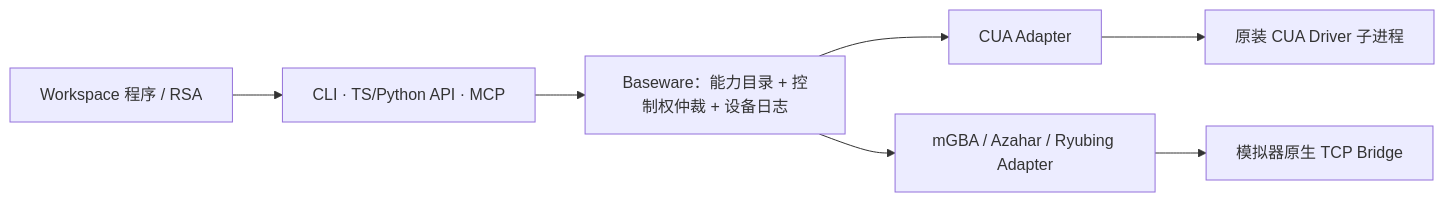
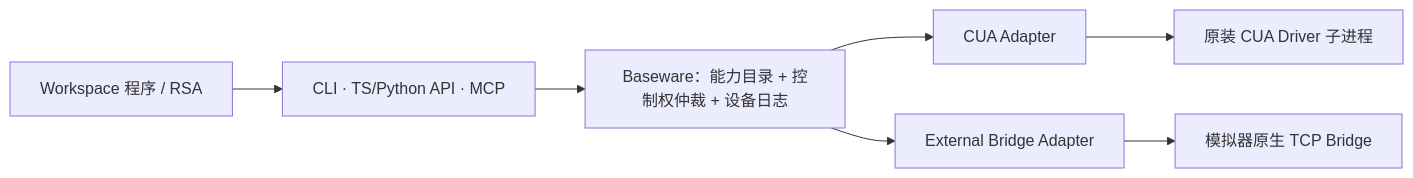
Before and after one commit to luokerenx4/Ludens-alpha: the diagram in docs/zh/reference/baseware.md, drawn with Mermaid. The commit also changed other lines of this file and 19 other files, not shown here.

````diff
--- a/docs/zh/reference/baseware.md
+++ b/docs/zh/reference/baseware.md
@@ -12,9 +12,9 @@
 ```mermaid
 flowchart LR
     W[Workspace 程序 / RSA] --> C[CLI · TS/Python API · MCP]
     C --> B[Baseware：能力目录 + 控制权仲裁 + 设备日志]
     B --> U[CUA Adapter]
     U --> N[原装 CUA Driver 子进程]
-    B --> E[mGBA / Azahar / Ryubing Adapter]
+    B --> E[External Bridge Adapter]
     E --> H[模拟器原生 TCP Bridge]
 ```
````
